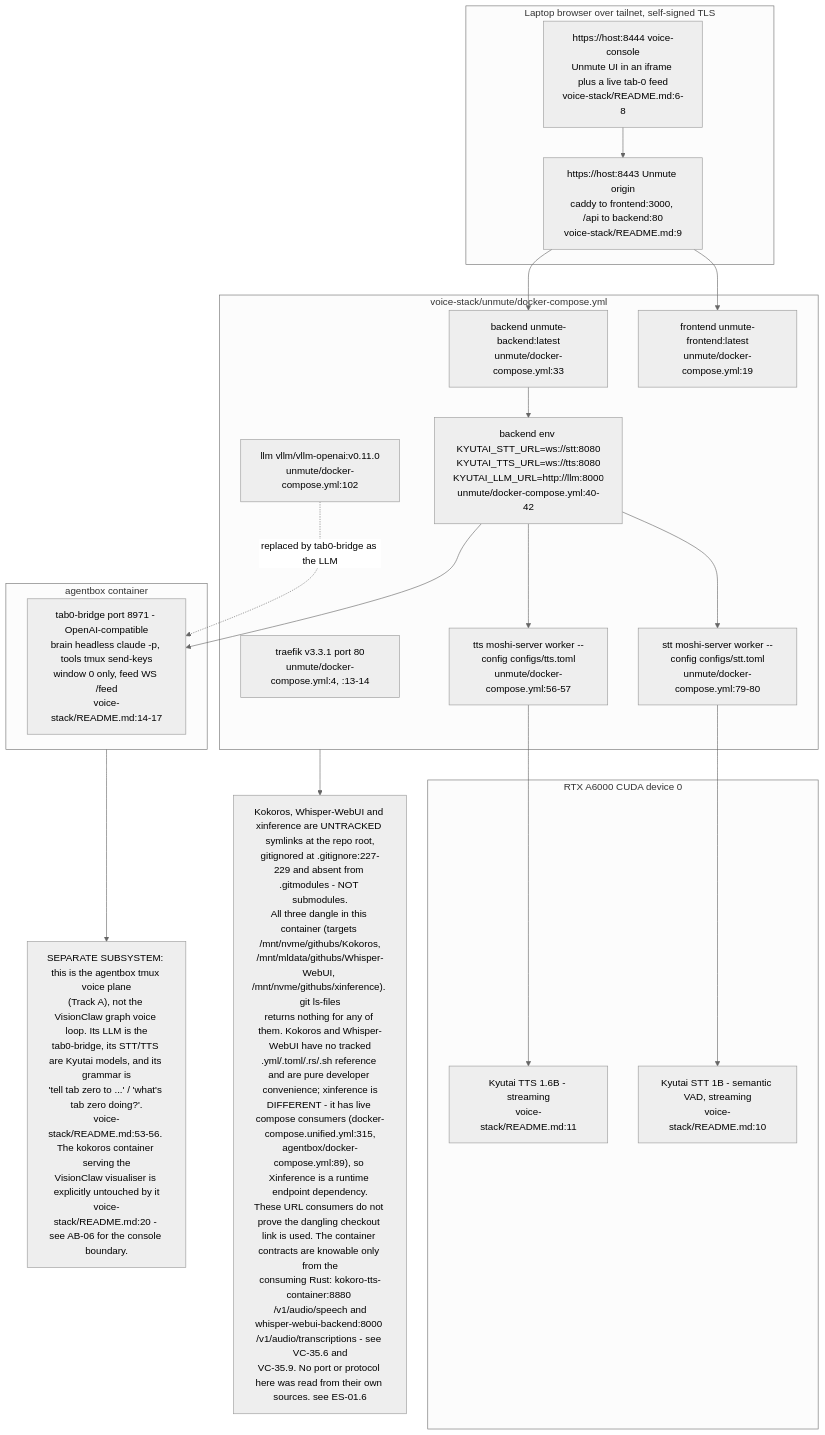
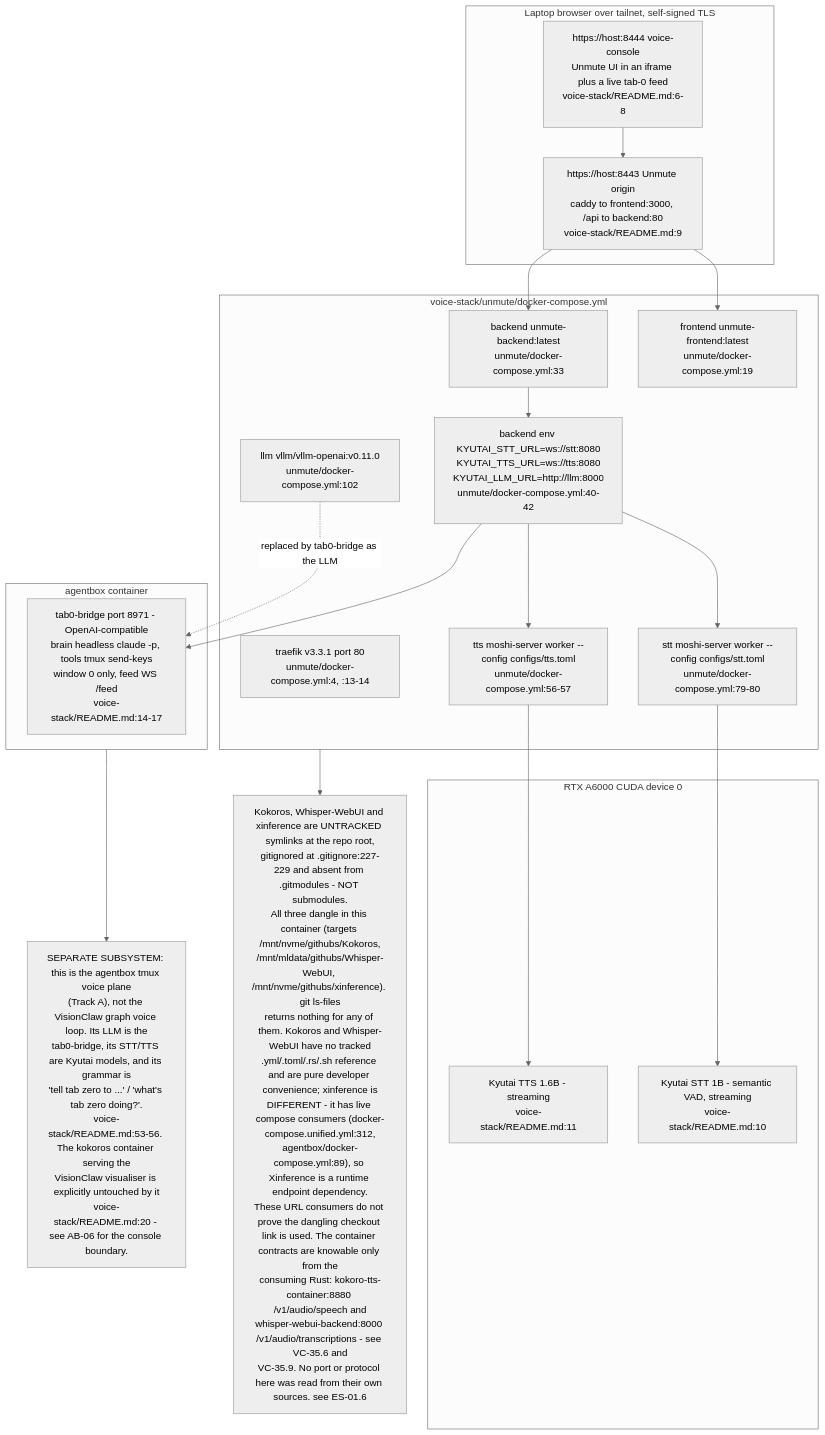
One commit to DreamLab-AI/VisionFlow changed diagram 12 of 12 in docs/diagrams/visionclaw/35-voice-end-to-end.md. Above: the diagram before and after it, drawn with Mermaid (neutral theme). The commit also changed other lines of this file and 25 other files, not shown here.

````diff
--- a/docs/diagrams/visionclaw/35-voice-end-to-end.md
+++ b/docs/diagrams/visionclaw/35-voice-end-to-end.md
@@ -576,37 +576,37 @@
 ```mermaid
 flowchart TB
     subgraph lap["Laptop browser over tailnet, self-signed TLS"]
         L1["https://host:8444 voice-console<br/>Unmute UI in an iframe plus a live tab-0 feed<br/>voice-stack/README.md:6-8"]
         L2["https://host:8443 Unmute origin<br/>caddy to frontend:3000, /api to backend:80<br/>voice-stack/README.md:9"]
     end
     subgraph gpu["RTX A6000 CUDA device 0"]
         S1["Kyutai STT 1B - semantic VAD, streaming<br/>voice-stack/README.md:10"]
         S2["Kyutai TTS 1.6B - streaming<br/>voice-stack/README.md:11"]
     end
     subgraph compose["voice-stack/unmute/docker-compose.yml"]
         C1["traefik v3.3.1 port 80<br/>unmute/docker-compose.yml:4, :13-14"]
         C2["frontend unmute-frontend:latest<br/>unmute/docker-compose.yml:19"]
         C3["backend unmute-backend:latest<br/>unmute/docker-compose.yml:33"]
         C4["stt moshi-server worker --config configs/stt.toml<br/>unmute/docker-compose.yml:79-80"]
         C5["tts moshi-server worker --config configs/tts.toml<br/>unmute/docker-compose.yml:56-57"]
         C6["llm vllm/vllm-openai:v0.11.0<br/>unmute/docker-compose.yml:102"]
         C7["backend env KYUTAI_STT_URL=ws://stt:8080<br/>KYUTAI_TTS_URL=ws://tts:8080<br/>KYUTAI_LLM_URL=http://llm:8000<br/>unmute/docker-compose.yml:40-42"]
     end
     subgraph box["agentbox container"]
         B1["tab0-bridge port 8971 - OpenAI-compatible<br/>brain headless claude -p, tools tmux send-keys<br/>window 0 only, feed WS /feed<br/>voice-stack/README.md:14-17"]
     end
     L1 --> L2
     L2 --> C2
     L2 --> C3
     C3 --> C7
     C7 --> C4
     C7 --> C5
     C7 --> B1
     C4 --> S1
     C5 --> S2
     C6 -. "replaced by tab0-bridge as the LLM" .-> B1
     box --> SEP
     SEP["SEPARATE SUBSYSTEM: this is the agentbox tmux voice plane<br/>(Track A), not the VisionClaw graph voice loop. Its LLM is the<br/>tab0-bridge, its STT/TTS are Kyutai models, and its grammar is<br/>'tell tab zero to ...' / 'what's tab zero doing?'.<br/>voice-stack/README.md:53-56. The kokoros container serving the<br/>VisionClaw visualiser is explicitly untouched by it<br/>voice-stack/README.md:20 - see AB-06 for the console boundary."]
     compose --> DIV
-    DIV["Kokoros, Whisper-WebUI and xinference are UNTRACKED symlinks at the repo root,<br/>gitignored at .gitignore:227-229 and absent from .gitmodules - NOT submodules.<br/>All three dangle in this container (targets /mnt/nvme/githubs/Kokoros,<br/>/mnt/mldata/githubs/Whisper-WebUI, /mnt/nvme/githubs/xinference). git ls-files<br/>returns nothing for any of them. Kokoros and Whisper-WebUI have no tracked<br/>.yml/.toml/.rs/.sh reference and are pure developer convenience; xinference is<br/>DIFFERENT - it has live compose consumers (docker-compose.unified.yml:315,<br/>agentbox/docker-compose.yml:89), so Xinference is a runtime endpoint dependency.<br/>These URL consumers do not prove the dangling checkout link is used. The container contracts are knowable only from the<br/>consuming Rust: kokoro-tts-container:8880 /v1/audio/speech and<br/>whisper-webui-backend:8000 /v1/audio/transcriptions - see VC-35.6 and<br/>VC-35.9. No port or protocol here was read from their own sources. see ES-01.6"]
+    DIV["Kokoros, Whisper-WebUI and xinference are UNTRACKED symlinks at the repo root,<br/>gitignored at .gitignore:227-229 and absent from .gitmodules - NOT submodules.<br/>All three dangle in this container (targets /mnt/nvme/githubs/Kokoros,<br/>/mnt/mldata/githubs/Whisper-WebUI, /mnt/nvme/githubs/xinference). git ls-files<br/>returns nothing for any of them. Kokoros and Whisper-WebUI have no tracked<br/>.yml/.toml/.rs/.sh reference and are pure developer convenience; xinference is<br/>DIFFERENT - it has live compose consumers (docker-compose.unified.yml:312,<br/>agentbox/docker-compose.yml:89), so Xinference is a runtime endpoint dependency.<br/>These URL consumers do not prove the dangling checkout link is used. The container contracts are knowable only from the<br/>consuming Rust: kokoro-tts-container:8880 /v1/audio/speech and<br/>whisper-webui-backend:8000 /v1/audio/transcriptions - see VC-35.6 and<br/>VC-35.9. No port or protocol here was read from their own sources. see ES-01.6"]
 ```
````
